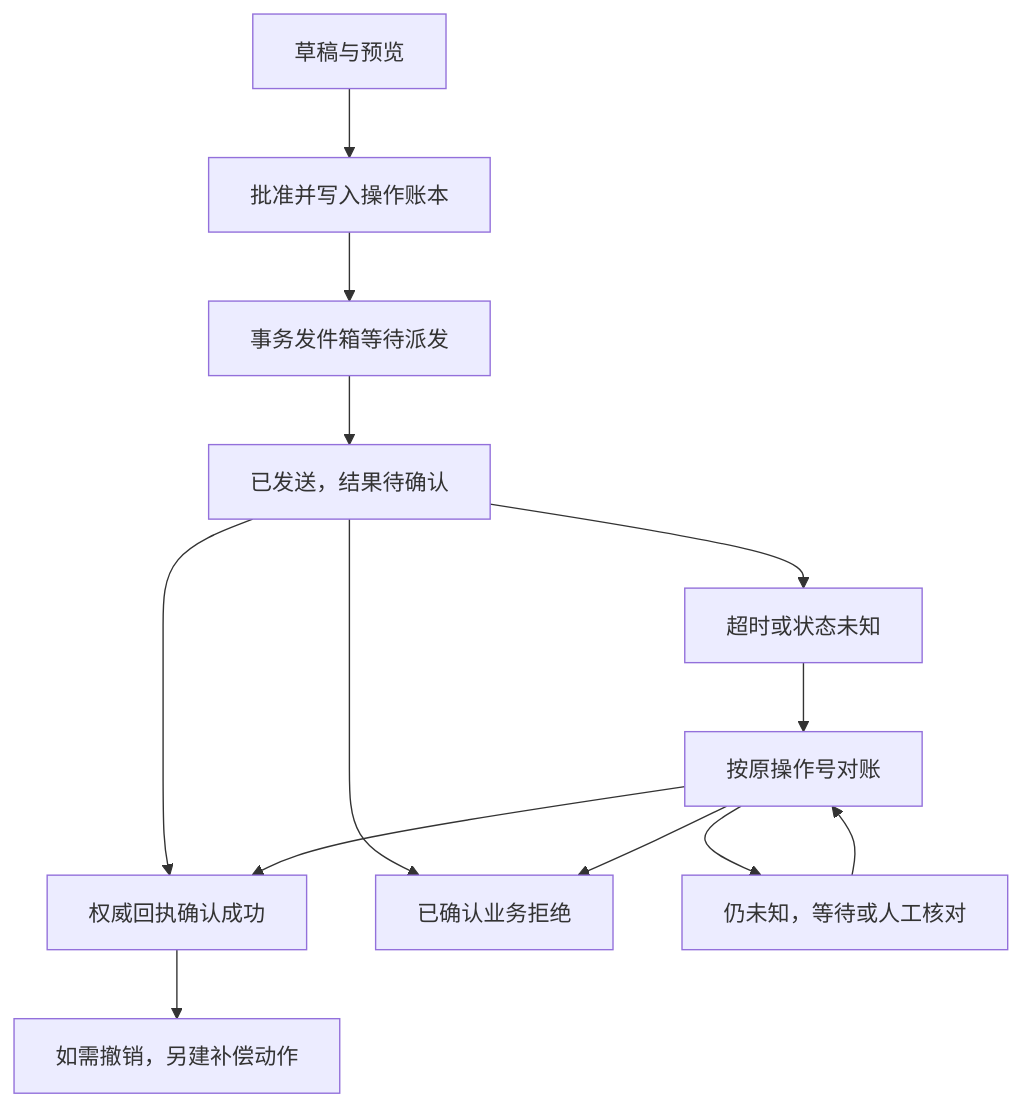
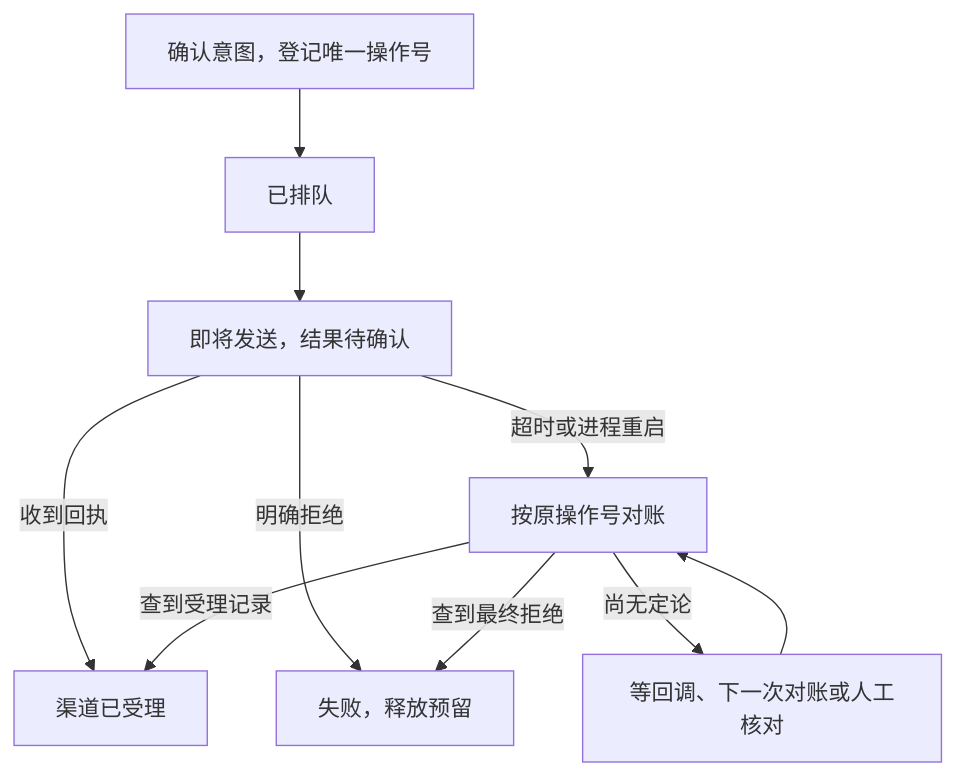
Before and after one commit to echonoshy/agent-engineering-handbook: the second of 2 diagrams in 09-eval-observability-and-production/02-security-cost-and-production-ops.md, drawn with Mermaid. The commit also changed other lines of this file and 21 other files, not shown here.

````diff
--- a/09-eval-observability-and-production/02-security-cost-and-production-ops.md
+++ b/09-eval-observability-and-production/02-security-cost-and-production-ops.md
@@ -143,15 +136,12 @@
 ```mermaid
 flowchart TD
-  A["草稿与预览"] --> B["批准并写入操作账本"]
-  B --> C["事务发件箱等待派发"]
-  C --> D["已发送，结果待确认"]
-  D --> E["权威回执确认成功"]
-  D --> F["已确认业务拒绝"]
-  D --> G["超时或状态未知"]
-  G --> H["按原操作号对账"]
-  H --> E
-  H --> F
-  H --> I["仍未知，等待或人工核对"]
-  I --> H
-  E --> J["如需撤销，另建补偿动作"]
+  A["确认意图，登记唯一操作号"] --> Q["已排队"]
+  Q --> U["即将发送，结果待确认"]
+  U -->|收到回执| C["渠道已受理"]
+  U -->|明确拒绝| F["失败，释放预留"]
+  U -->|超时或进程重启| R["按原操作号对账"]
+  R -->|查到受理记录| C
+  R -->|查到最终拒绝| F
+  R -->|尚无定论| W["等回调、下一次对账或人工核对"]
+  W --> R
 ```
````
